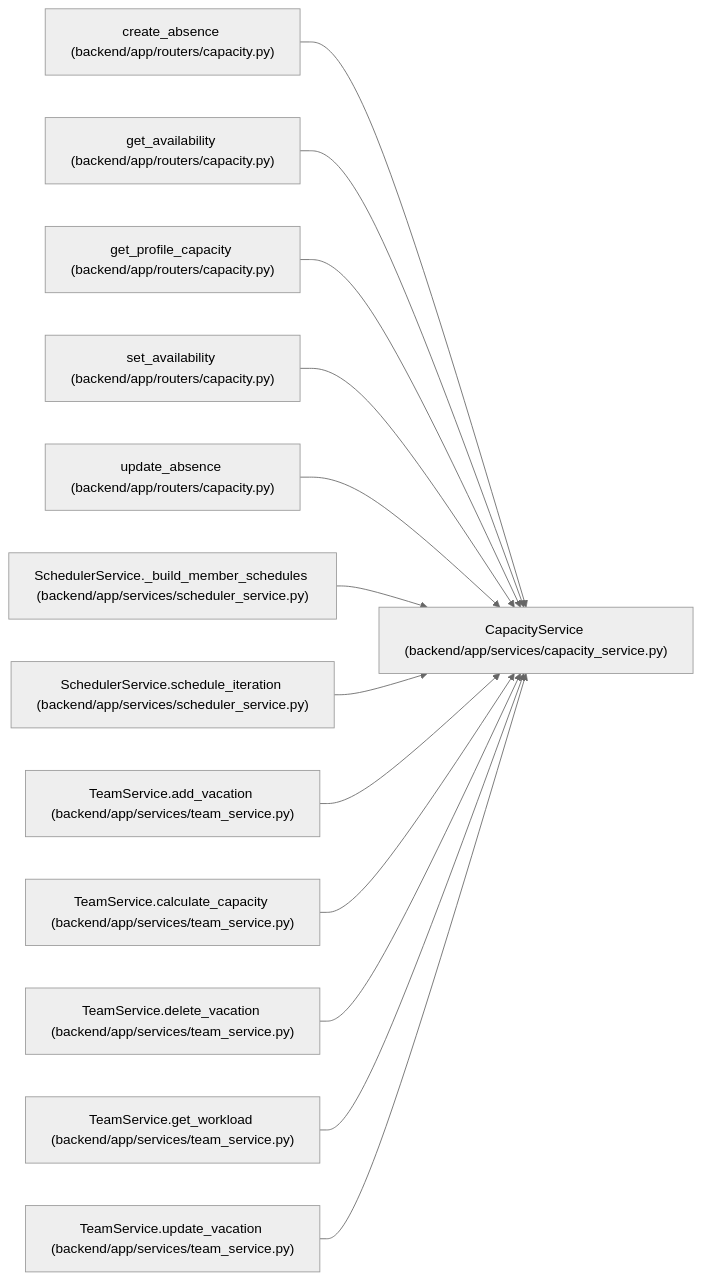
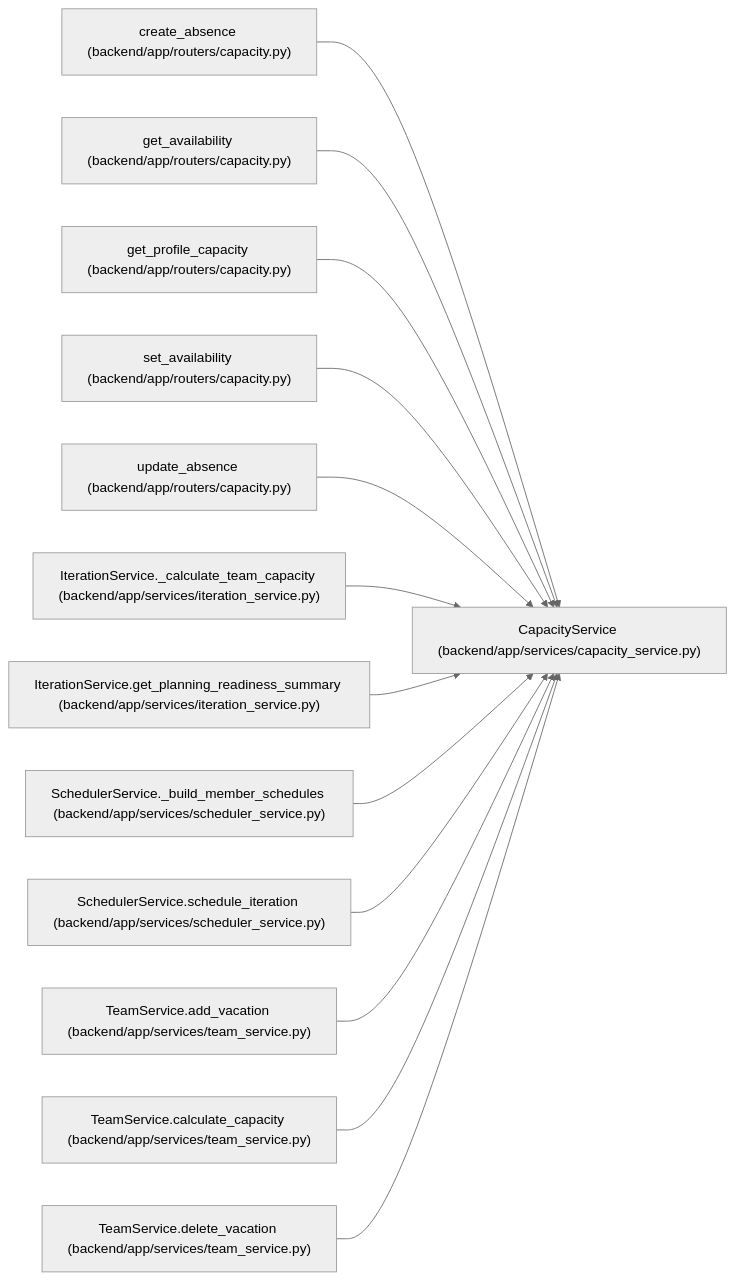
One commit to Denissvgn/WorkChord changed the diagram in docs/llm_wiki/entities/CapacityService.md. Above: the diagram before and after it, drawn with Mermaid (neutral theme). The commit also changed other lines of this file and 10148 other files, not shown here.

````diff
--- a/docs/llm_wiki/entities/CapacityService.md
+++ b/docs/llm_wiki/entities/CapacityService.md
@@ -36,41 +36,41 @@
 ```mermaid
 flowchart LR
     n0["CapacityService (backend/app/services/capacity_service.py)"]
     n1["create_absence (backend/app/routers/capacity.py)"]
     n2["get_availability (backend/app/routers/capacity.py)"]
     n3["get_profile_capacity (backend/app/routers/capacity.py)"]
     n4["set_availability (backend/app/routers/capacity.py)"]
     n5["update_absence (backend/app/routers/capacity.py)"]
-    n6["SchedulerService._build_member_schedules (backend/app/services/scheduler_service.py)"]
-    n7["SchedulerService.schedule_iteration (backend/app/services/scheduler_service.py)"]
-    n8["TeamService.add_vacation (backend/app/services/team_service.py)"]
-    n9["TeamService.calculate_capacity (backend/app/services/team_service.py)"]
-    n10["TeamService.delete_vacation (backend/app/services/team_service.py)"]
-    n11["TeamService.get_workload (backend/app/services/team_service.py)"]
-    n12["TeamService.update_vacation (backend/app/services/team_service.py)"]
+    n6["IterationService._calculate_team_capacity (backend/app/services/iteration_service.py)"]
+    n7["IterationService.get_planning_readiness_summary (backend/app/services/iteration_service.py)"]
+    n8["SchedulerService._build_member_schedules (backend/app/services/scheduler_service.py)"]
+    n9["SchedulerService.schedule_iteration (backend/app/services/scheduler_service.py)"]
+    n10["TeamService.add_vacation (backend/app/services/team_service.py)"]
+    n11["TeamService.calculate_capacity (backend/app/services/team_service.py)"]
+    n12["TeamService.delete_vacation (backend/app/services/team_service.py)"]
     n1 --> n0
     n2 --> n0
     n3 --> n0
     n4 --> n0
     n5 --> n0
     n6 --> n0
     n7 --> n0
     n8 --> n0
     n9 --> n0
     n10 --> n0
     n11 --> n0
     n12 --> n0
     click n0 "../modules/capacity_service.md"
     click n1 "../modules/routers_capacity.md"
     click n2 "../modules/routers_capacity.md"
     click n3 "../modules/routers_capacity.md"
     click n4 "../modules/routers_capacity.md"
     click n5 "../modules/routers_capacity.md"
-    click n6 "../modules/scheduler_service.md"
-    click n7 "../modules/scheduler_service.md"
-    click n8 "../modules/team_service.md"
-    click n9 "../modules/team_service.md"
+    click n6 "../modules/iteration_service.md"
+    click n7 "../modules/iteration_service.md"
+    click n8 "../modules/scheduler_service.md"
+    click n9 "../modules/scheduler_service.md"
     click n10 "../modules/team_service.md"
     click n11 "../modules/team_service.md"
     click n12 "../modules/team_service.md"
 ```
````
